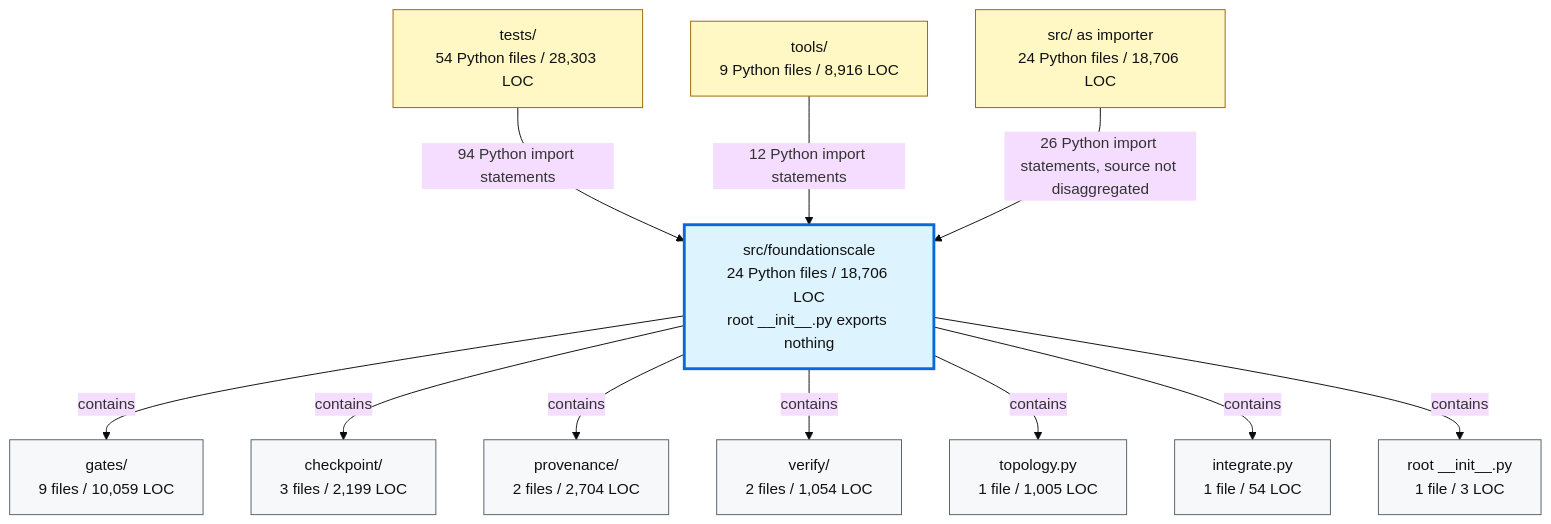
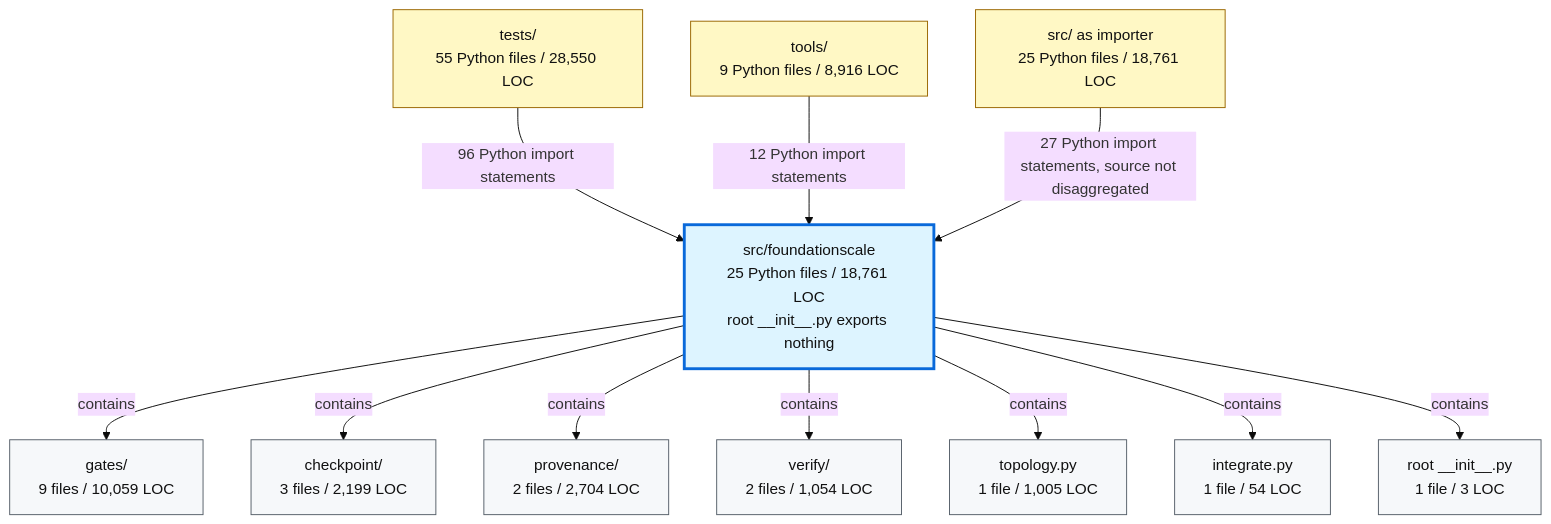
Before and after one commit to TranNhiem/FoundationScale: the second of 2 diagrams in docs/review/D2_current_architecture.md, drawn with Mermaid (base theme). The commit also changed other lines of this file and 12 other files, not shown here.

````diff
--- a/docs/review/D2_current_architecture.md
+++ b/docs/review/D2_current_architecture.md
@@ -97,36 +97,36 @@
 ```mermaid
 flowchart TB
-  TESTS["tests/<br/>54 Python files / 28,303 LOC"]
+  TESTS["tests/<br/>55 Python files / 28,550 LOC"]
   TOOLS["tools/<br/>9 Python files / 8,916 LOC"]
-  SRC["src/ as importer<br/>24 Python files / 18,706 LOC"]
+  SRC["src/ as importer<br/>25 Python files / 18,761 LOC"]
 
-  FS["src/foundationscale<br/>24 Python files / 18,706 LOC<br/>root __init__.py exports nothing"]
+  FS["src/foundationscale<br/>25 Python files / 18,761 LOC<br/>root __init__.py exports nothing"]
 
   GATES["gates/<br/>9 files / 10,059 LOC"]
   CKPT["checkpoint/<br/>3 files / 2,199 LOC"]
   PROV["provenance/<br/>2 files / 2,704 LOC"]
   VERIFY["verify/<br/>2 files / 1,054 LOC"]
   TOPO["topology.py<br/>1 file / 1,005 LOC"]
   INTEG["integrate.py<br/>1 file / 54 LOC"]
   ROOT["root __init__.py<br/>1 file / 3 LOC"]
 
-  TESTS -->|"94 Python import statements"| FS
+  TESTS -->|"96 Python import statements"| FS
   TOOLS -->|"12 Python import statements"| FS
-  SRC -->|"26 Python import statements, source not disaggregated"| FS
+  SRC -->|"27 Python import statements, source not disaggregated"| FS
 
   FS -->|"contains"| GATES
   FS -->|"contains"| CKPT
   FS -->|"contains"| PROV
   FS -->|"contains"| VERIFY
   FS -->|"contains"| TOPO
   FS -->|"contains"| INTEG
   FS -->|"contains"| ROOT
 
   classDef consumer fill:#fff8c5,stroke:#9a6700,color:#111;
   classDef package fill:#ddf4ff,stroke:#0969da,stroke-width:3px,color:#111;
   classDef module fill:#f6f8fa,stroke:#57606a,color:#111;
 
   class TESTS,TOOLS,SRC consumer;
   class FS package;
   class GATES,CKPT,PROV,VERIFY,TOPO,INTEG,ROOT module;
 ```
````
